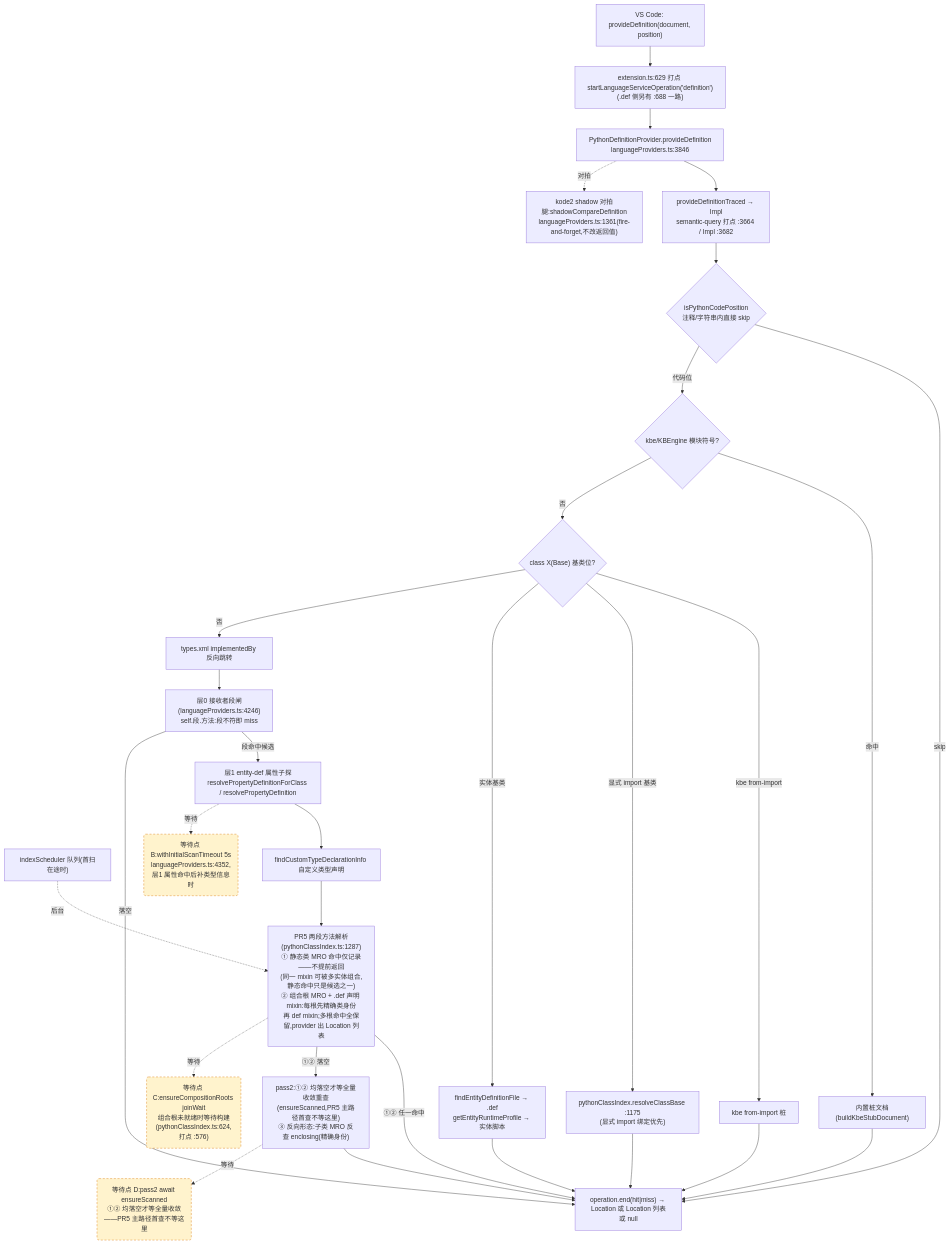
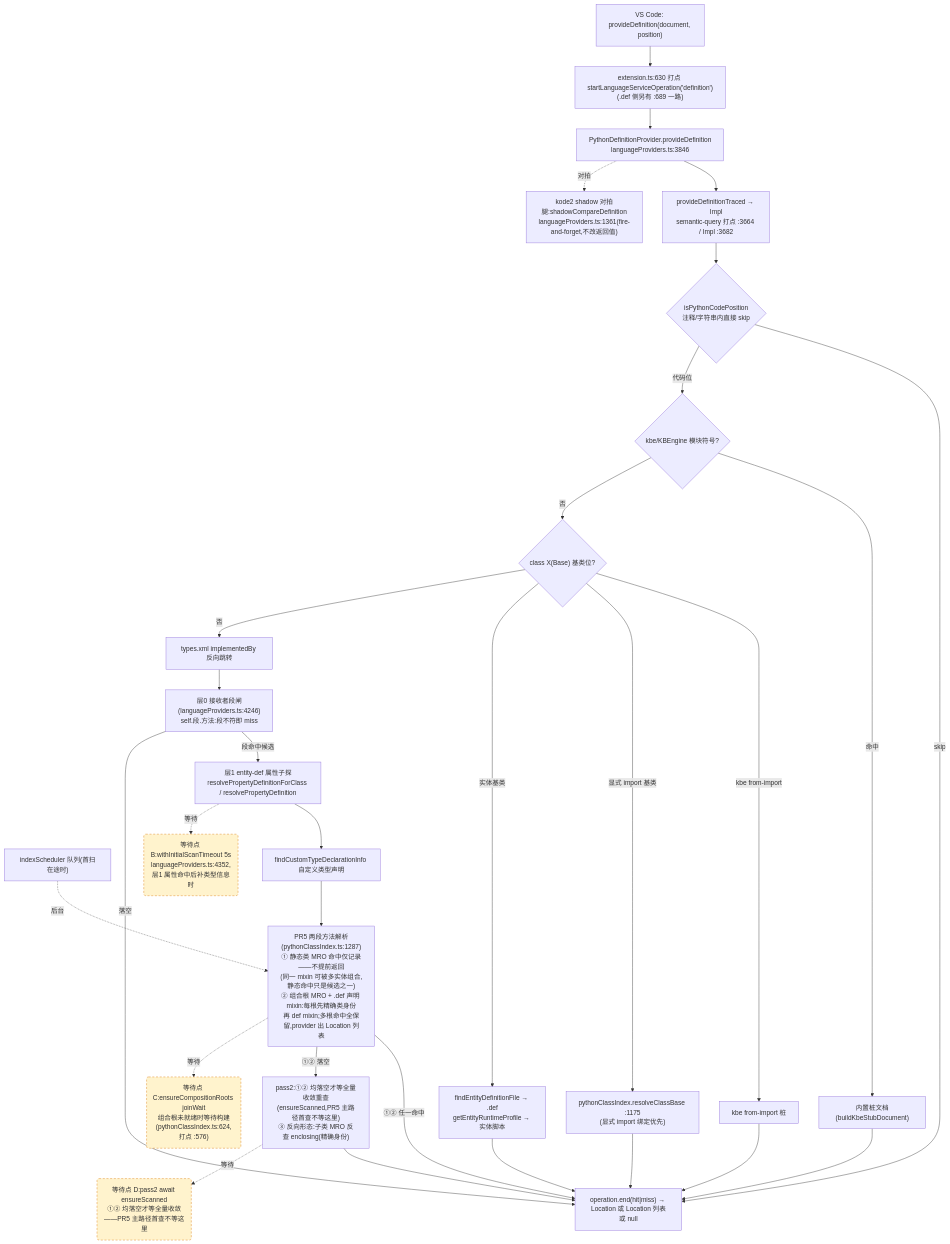
The second of 4 diagrams in docs/perf/2026-baseline.md (cuihairu/kode), drawn with Mermaid before and after one commit. The commit also changed other lines of this file and 8 other files, not shown here.

````diff
--- a/docs/perf/2026-baseline.md
+++ b/docs/perf/2026-baseline.md
@@ -130,51 +130,51 @@
 ```mermaid
 flowchart TD
   VC2["VS Code: provideDefinition(document, position)"]
-  M2["extension.ts:629 打点 startLanguageServiceOperation('definition')<br/>(.def 侧另有 :688 一路)"]
+  M2["extension.ts:630 打点 startLanguageServiceOperation('definition')<br/>(.def 侧另有 :689 一路)"]
   AD2["PythonDefinitionProvider.provideDefinition<br/>languageProviders.ts:3846"]
   TR["provideDefinitionTraced → Impl<br/>semantic-query 打点 :3664 / Impl :3682"]
   CTX{"isPythonCodePosition<br/>注释/字符串内直接 skip"}
   KBE{"kbe/KBEngine 模块符号?"}
   STUB["内置桩文档(buildKbeStubDocument)"]
   CB{"class X(Base) 基类位?"}
   CB1["kbe from-import 桩"]
   CB2["pythonClassIndex.resolveClassBase :1175<br/>(显式 import 绑定优先)"]
   CB3["findEntityDefinitionFile → .def<br/>getEntityRuntimeProfile → 实体脚本"]
   REV["types.xml implementedBy 反向跳转"]
   L0["层0 接收者段闸(languageProviders.ts:4246)<br/>self.段.方法:段不符即 miss"]
   L1["层1 entity-def 属性子探<br/>resolvePropertyDefinitionForClass / resolvePropertyDefinition"]
   SCAN["indexScheduler 队列(首扫在途时)"]
   TY["findCustomTypeDeclarationInfo 自定义类型声明"]
   MRO["PR5 两段方法解析(pythonClassIndex.ts:1287)<br/>① 静态类 MRO 命中仅记录——不提前返回<br/>(同一 mixin 可被多实体组合,静态命中只是候选之一)<br/>② 组合根 MRO + .def 声明 mixin:每根先精确类身份<br/>再 def mixin;多根命中全保留,provider 出 Location 列表"]
   PASS2["pass2:①② 均落空才等全量收敛重查<br/>(ensureScanned,PR5 主路径首查不等这里)<br/>③ 反向形态:子类 MRO 反查 enclosing(精确身份)"]
   SHD["kode2 shadow 对拍腿:shadowCompareDefinition<br/>languageProviders.ts:1361(fire-and-forget,不改返回值)"]
   END2["operation.end(hit|miss) → Location 或 Location 列表或 null"]
 
   VC2 --> M2 --> AD2 --> TR --> CTX
   CTX -- "skip" --> END2
   CTX -- "代码位" --> KBE
   KBE -- "命中" --> STUB --> END2
   KBE -- "否" --> CB
   CB -- "kbe from-import" --> CB1 --> END2
   CB -- "显式 import 基类" --> CB2 --> END2
   CB -- "实体基类" --> CB3 --> END2
   CB -- "否" --> REV --> L0
   L0 -- "段命中候选" --> L1
   L0 -- "落空" --> END2
   L1 --> TY
   TY --> MRO
   MRO -- "①② 任一命中" --> END2
   MRO -- "①② 落空" --> PASS2 --> END2
   AD2 -.->|对拍| SHD
 
   WAITB("等待点 B:withInitialScanTimeout 5s<br/>languageProviders.ts:4352,层1 属性命中后补类型信息时")
   WAITC("等待点 C:ensureCompositionRoots joinWait<br/>组合根未就绪时等待构建(pythonClassIndex.ts:624,打点 :576)")
   WAITD("等待点 D:pass2 await ensureScanned<br/>①② 均落空才等全量收敛——PR5 主路径首查不等这里")
   L1 -.->|等待| WAITB
   MRO -.->|等待| WAITC
   PASS2 -.->|等待| WAITD
   SCAN -.->|后台| MRO
 
   classDef waitPoint fill:#fff3cd,stroke:#d97706,stroke-dasharray:5 4;
   class WAITB,WAITC,WAITD waitPoint;
 ```
````
